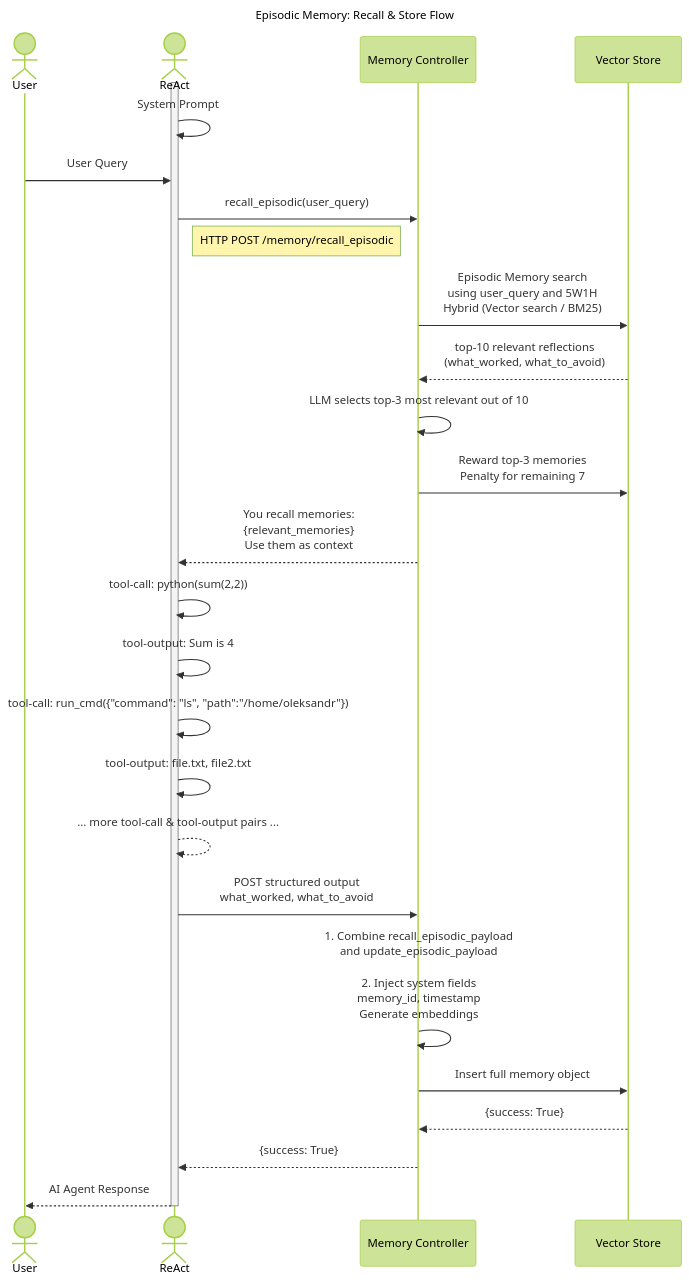
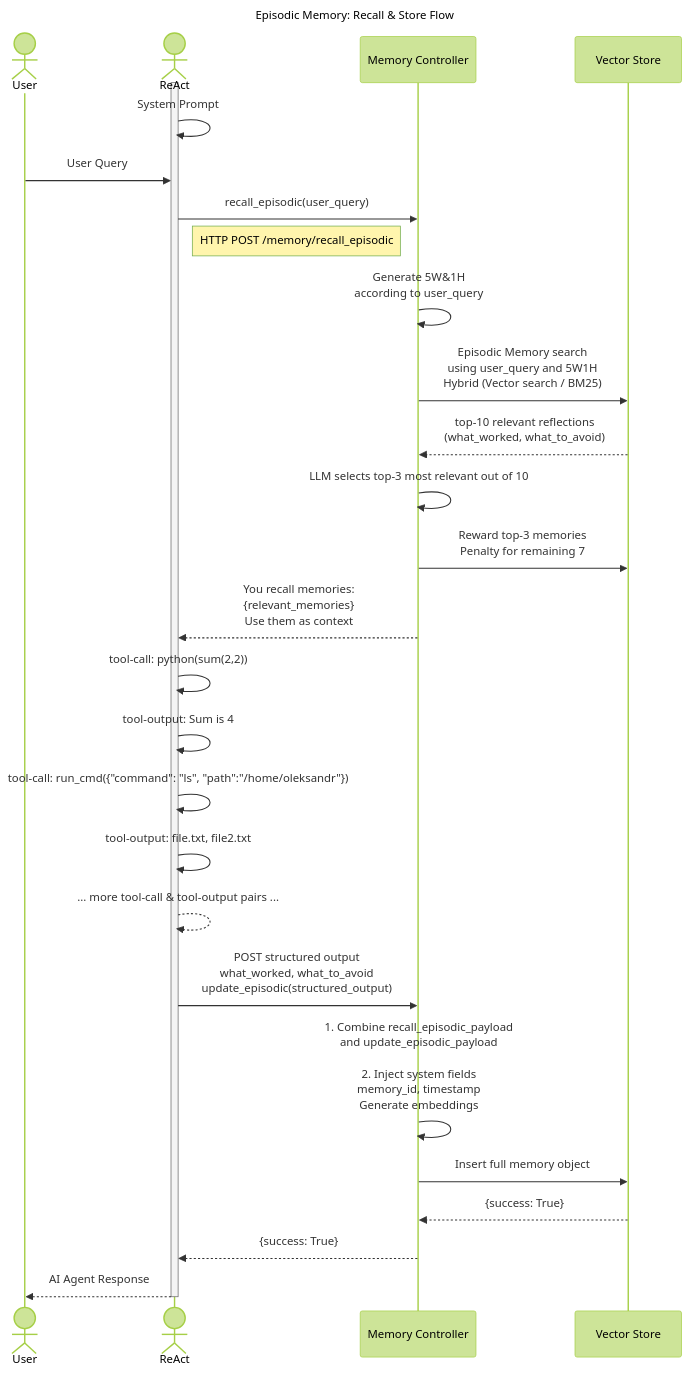
Before and after one commit to oshulha/agentic_playground: the diagram in an_experimental_development_of_spec/memory_controller/episodic_memory/sequence_diagram.md, drawn with Mermaid (forest theme). The commit also changed 9 other files, not shown here.

````diff
--- a/an_experimental_development_of_spec/memory_controller/episodic_memory/sequence_diagram.md
+++ b/an_experimental_development_of_spec/memory_controller/episodic_memory/sequence_diagram.md
@@ -2,48 +2,50 @@
 ```mermaid
 sequenceDiagram
     title Episodic Memory: Recall & Store Flow
 
     actor User
     actor ReAct
     participant MC as Memory Controller
     participant VS as Vector Store
 
     activate ReAct
 
     ReAct->>ReAct: System Prompt
     User->>ReAct: User Query
 
     ReAct->>MC: recall_episodic(user_query)
     Note right of ReAct: HTTP POST /memory/recall_episodic
+
+    MC->>MC: Generate 5W&1H<br/>according to user_query
 
     MC->>VS: Episodic Memory search<br/>using user_query and 5W1H<br/>Hybrid (Vector search / BM25)
     VS-->>MC: top-10 relevant reflections<br/>(what_worked, what_to_avoid)
 
     MC->>MC: LLM selects top-3 most relevant out of 10
 
     MC->>VS: Reward top-3 memories<br/>Penalty for remaining 7
 
     MC-->>ReAct: You recall memories:<br/>{relevant_memories}<br/>Use them as context
 
     ReAct->>ReAct: tool-call: python(sum(2,2))
     ReAct->>ReAct: tool-output: Sum is 4
 
     ReAct->>ReAct: tool-call: run_cmd({"command": "ls", "path":"/home/oleksandr"})
     ReAct->>ReAct: tool-output: file.txt, file2.txt
 
     ReAct-->>ReAct: ... more tool-call & tool-output pairs ...
 
-    ReAct->>MC: POST structured output<br/>what_worked, what_to_avoid
+    ReAct->>MC: POST structured output<br/>what_worked, what_to_avoid<br/>update_episodic(structured_output)
 
     MC->>MC: 1. Combine recall_episodic_payload<br/>and update_episodic_payload<br/><br/>2. Inject system fields<br/>memory_id, timestamp<br/>Generate embeddings
 
     MC->>VS: Insert full memory object
 
     VS-->>MC: {success: True}
 
     MC-->>ReAct: {success: True}
 
     ReAct-->>User: AI Agent Response
 
     deactivate ReAct
 ```
````
